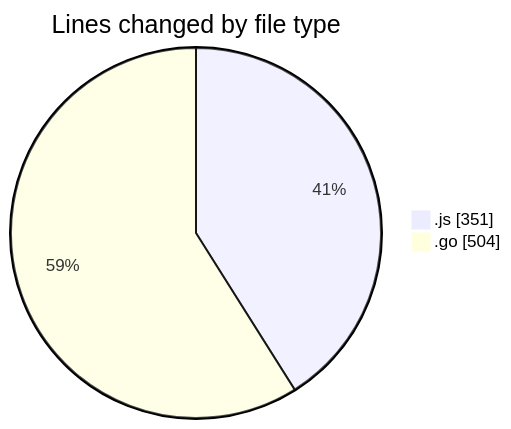
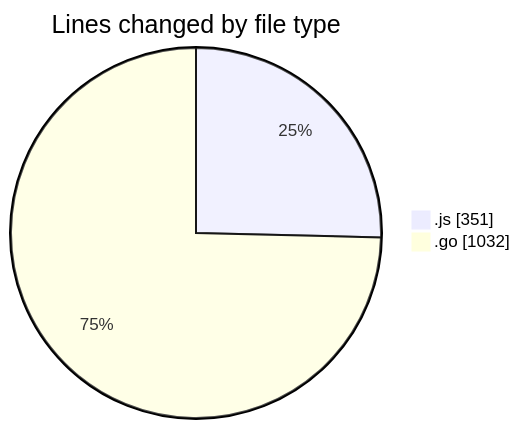
One commit to robertbonfada/code-tracking changed the first of 2 diagrams in 2025-03-04/simulador-serial/README.md. Above: the diagram before and after it, drawn with Mermaid. The commit also changed other lines of this file and 1 other file, not shown here.

````diff
--- a/2025-03-04/simulador-serial/README.md
+++ b/2025-03-04/simulador-serial/README.md
@@ -23,6 +23,6 @@
 ```mermaid
 pie showData
 title Lines changed by file type
 ".js" : 351
-".go" : 504
+".go" : 1032
 ```
````
